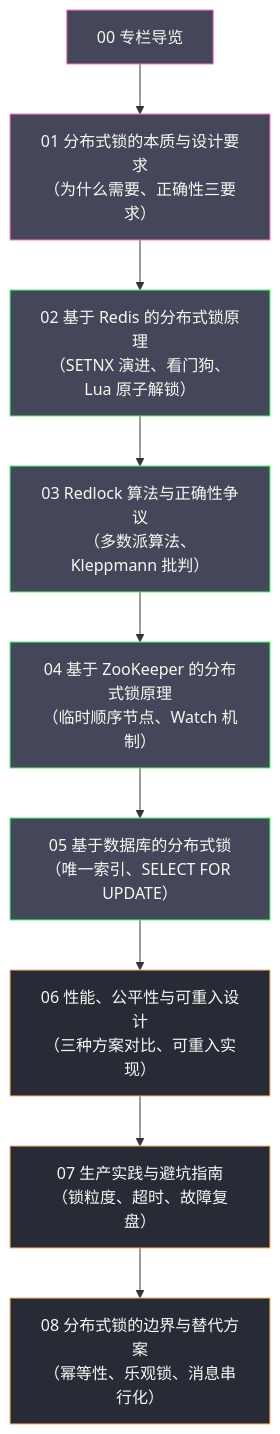
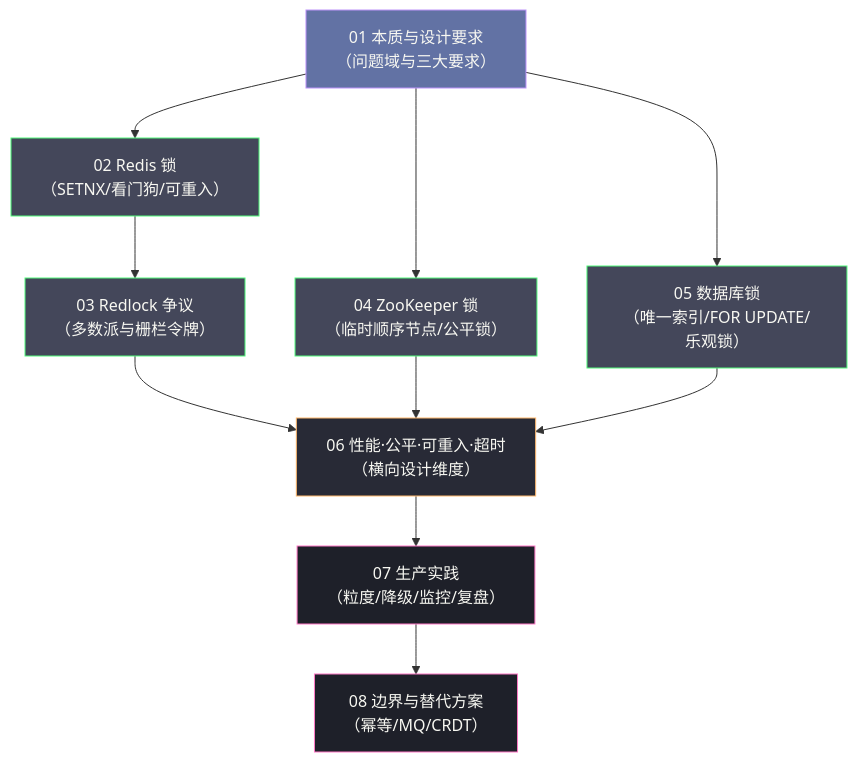
Before and after one commit to hpliStartAgain/my-brain: the diagram in content/分布式架构/分布式锁/00 专栏导览.md, drawn with Mermaid. The commit also changed other lines of this file and 55 other files, not shown here.

````diff
--- a/content/分布式架构/分布式锁/00 专栏导览.md
+++ b/content/分布式架构/分布式锁/00 专栏导览.md
@@ -20,20 +38,23 @@
 ```mermaid
 %%{init: {'theme': 'dracula'}}%%
 graph TD
-    A["00 专栏导览"] --> B["01 分布式锁的本质与设计要求</br>（为什么需要、正确性三要求）"]
-    B --> C["02 基于 Redis 的分布式锁原理</br>（SETNX 演进、看门狗、Lua 原子解锁）"]
-    C --> D["03 Redlock 算法与正确性争议</br>（多数派算法、Kleppmann 批判）"]
-    D --> E["04 基于 ZooKeeper 的分布式锁原理</br>（临时顺序节点、Watch 机制）"]
-    E --> F["05 基于数据库的分布式锁</br>（唯一索引、SELECT FOR UPDATE）"]
-    F --> G["06 性能、公平性与可重入设计</br>（三种方案对比、可重入实现）"]
-    G --> H["07 生产实践与避坑指南</br>（锁粒度、超时、故障复盘）"]
-    H --> I["08 分布式锁的边界与替代方案</br>（幂等性、乐观锁、消息串行化）"]
+    A["01 本质与设计要求</br>（问题域与三大要求）"] --> B["02 Redis 锁</br>（SETNX/看门狗/可重入）"]
+    B --> C["03 Redlock 争议</br>（多数派与栅栏令牌）"]
+    A --> D["04 ZooKeeper 锁</br>（临时顺序节点/公平锁）"]
+    A --> E["05 数据库锁</br>（唯一索引/FOR UPDATE/乐观锁）"]
+    C --> F["06 性能·公平·可重入·超时</br>（横向设计维度）"]
+    D --> F
+    E --> F
+    F --> G["07 生产实践</br>（粒度/降级/监控/复盘）"]
+    G --> H["08 边界与替代方案</br>（幂等/MQ/CRDT）"]
 
-    classDef theory fill:#44475a,stroke:#ff79c6,color:#f8f8f2
+    classDef theory fill:#6272a4,stroke:#bd93f9,color:#f8f8f2
     classDef impl fill:#44475a,stroke:#50fa7b,color:#f8f8f2
-    classDef practice fill:#282a36,stroke:#ffb86c,color:#f8f8f2
+    classDef design fill:#282a36,stroke:#ffb86c,color:#f8f8f2
+    classDef practice fill:#1e2029,stroke:#ff79c6,color:#f8f8f2
 
-    class A,B theory
-    class C,D,E,F impl
-    class G,H,I practice
+    class A theory
+    class B,C,D,E impl
+    class F design
+    class G,H practice
 ```
````
